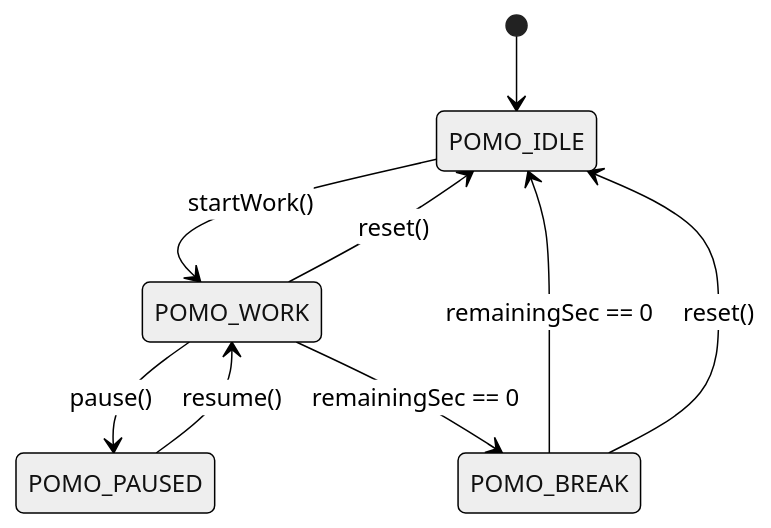
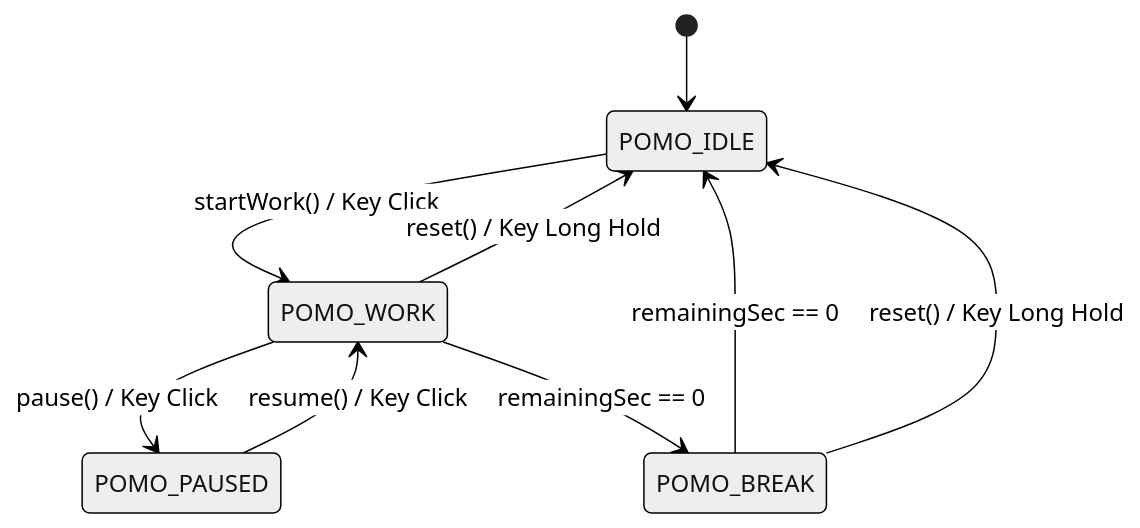
The third of 3 diagrams in README_ARCHITECTURE.md (as-repo1/chaos-desky), drawn with Mermaid (neutral theme) before and after one commit. The commit also changed other lines of this file and 14 other files, not shown here.

````diff
--- a/README_ARCHITECTURE.md
+++ b/README_ARCHITECTURE.md
@@ -93,11 +110,11 @@
 ```mermaid
 stateDiagram-v2
     [*] --> POMO_IDLE
-    POMO_IDLE --> POMO_WORK: startWork()
-    POMO_WORK --> POMO_PAUSED: pause()
-    POMO_PAUSED --> POMO_WORK: resume()
+    POMO_IDLE --> POMO_WORK: startWork() / Key Click
+    POMO_WORK --> POMO_PAUSED: pause() / Key Click
+    POMO_PAUSED --> POMO_WORK: resume() / Key Click
     POMO_WORK --> POMO_BREAK: remainingSec == 0
     POMO_BREAK --> POMO_IDLE: remainingSec == 0
-    POMO_WORK --> POMO_IDLE: reset()
-    POMO_BREAK --> POMO_IDLE: reset()
+    POMO_WORK --> POMO_IDLE: reset() / Key Long Hold
+    POMO_BREAK --> POMO_IDLE: reset() / Key Long Hold
 ```
````
